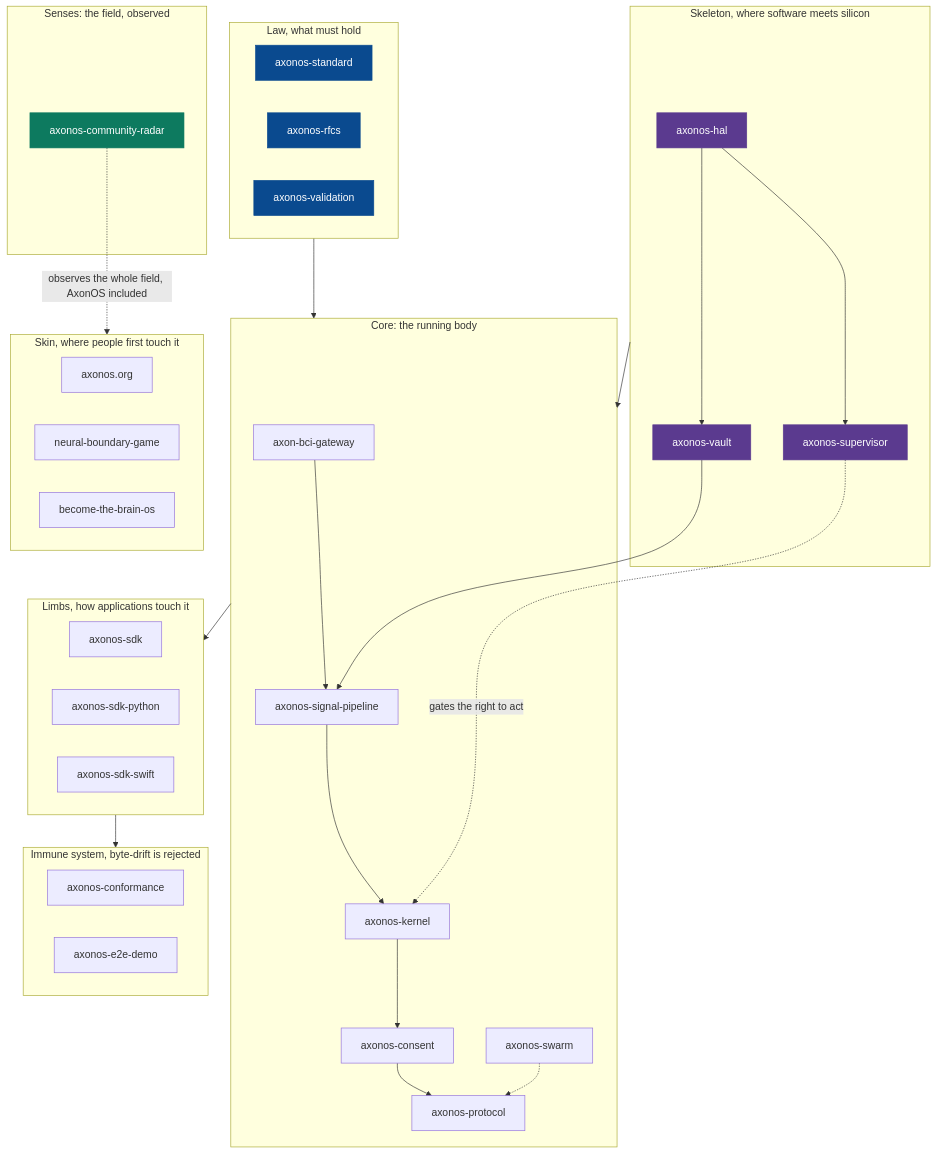
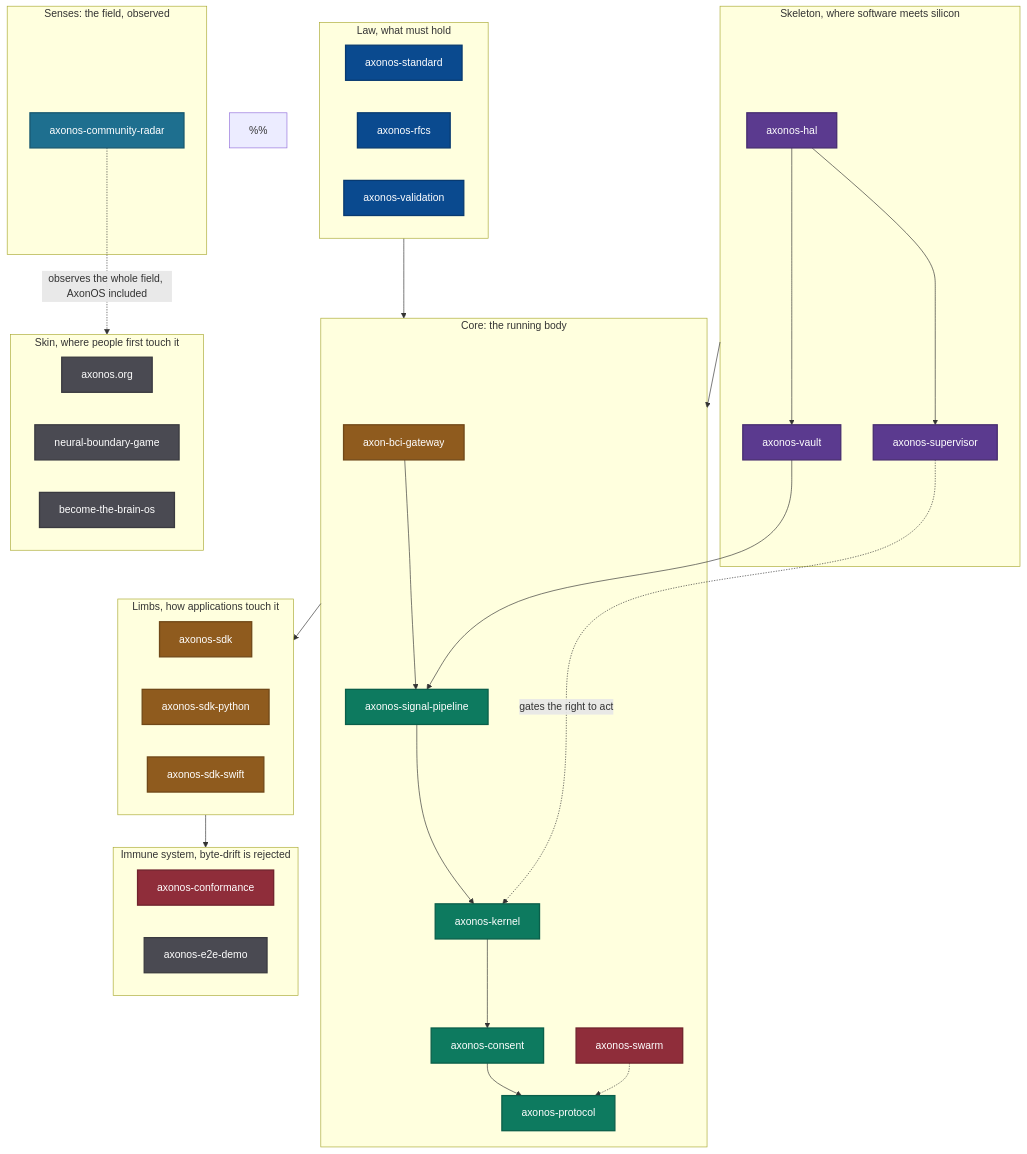
Before and after one commit to AxonOS-org/.github: the first of 2 diagrams in profile/README.md, drawn with Mermaid. The commit also changed other lines of this file, not shown here.

````diff
--- a/profile/README.md
+++ b/profile/README.md
@@ -120,50 +120,66 @@
 ```mermaid
 flowchart TB
     subgraph LAW["Law, what must hold"]
         STD[axonos-standard]
         RFC[axonos-rfcs]
         VALID[axonos-validation]
     end
     subgraph SKEL["Skeleton, where software meets silicon"]
         HAL[axonos-hal]
         VAULT[axonos-vault]
         SUP[axonos-supervisor]
     end
     subgraph CORE["Core: the running body"]
         GW[axon-bci-gateway] --> SP[axonos-signal-pipeline] --> K[axonos-kernel]
         K --> CO[axonos-consent] --> PR[axonos-protocol]
         SW[axonos-swarm] -.-> PR
     end
     subgraph LIMBS["Limbs, how applications touch it"]
         SDK[axonos-sdk]
         SDKP[axonos-sdk-python]
         SDKS[axonos-sdk-swift]
     end
     subgraph IMMUNE["Immune system, byte-drift is rejected"]
         CONF[axonos-conformance]
         E2E[axonos-e2e-demo]
     end
     subgraph SENSES["Senses: the field, observed"]
         RADAR[axonos-community-radar]
     end
     subgraph SKIN["Skin, where people first touch it"]
         SITE[axonos.org]
         NBG[neural-boundary-game]
         BTB[become-the-brain-os]
     end
     HAL --> VAULT --> SP
     HAL --> SUP
     SUP -. gates the right to act .-> K
     LAW --> CORE
     SKEL --> CORE
     CORE --> LIMBS
     LIMBS --> IMMUNE
     RADAR -. observes the whole field, AxonOS included .-> SKIN
 
-    classDef law fill:#0a4a8f,stroke:#0a4a8f,color:#fff
-    classDef sense fill:#0d7a5f,stroke:#0d7a5f,color:#fff
-    classDef skel fill:#5b3a8f,stroke:#5b3a8f,color:#fff
+    %% One hue per anatomical group, and every node gets one. A diagram where
+    %% some groups are coloured and others sit at the default grey reads as
+    %% unfinished: the eye takes grey for less important, not for unstyled.
+    %%
+    %% The core row is declared mid-line (GW --> SP --> K), so a check that
+    %% looked for node declarations at the start of a line missed four of them
+    %% and reported the diagram fully styled when it was not.
+    classDef law    fill:#0a4a8f,stroke:#083a70,color:#fff,stroke-width:2px
+    classDef skel   fill:#5b3a8f,stroke:#472d70,color:#fff,stroke-width:2px
+    classDef core   fill:#0d7a5f,stroke:#0a5f4a,color:#fff,stroke-width:2px
+    classDef limb   fill:#8f5b1e,stroke:#704818,color:#fff,stroke-width:2px
+    classDef immune fill:#8f2d3a,stroke:#70232d,color:#fff,stroke-width:2px
+    classDef sense  fill:#1e6f8f,stroke:#185870,color:#fff,stroke-width:2px
+    classDef skin   fill:#4a4a52,stroke:#3a3a40,color:#fff,stroke-width:2px
+
     class STD,RFC,VALID law
+    class HAL,VAULT,SUP skel
+    class SDK,SDKP,SDKS,GW limb
+    class CONF,SW immune
+    class SP,K,CO,PR core
     class RADAR sense
-    class HAL,VAULT,SUP skel
+    class SITE,BTB,NBG,E2E skin
 ```
````
